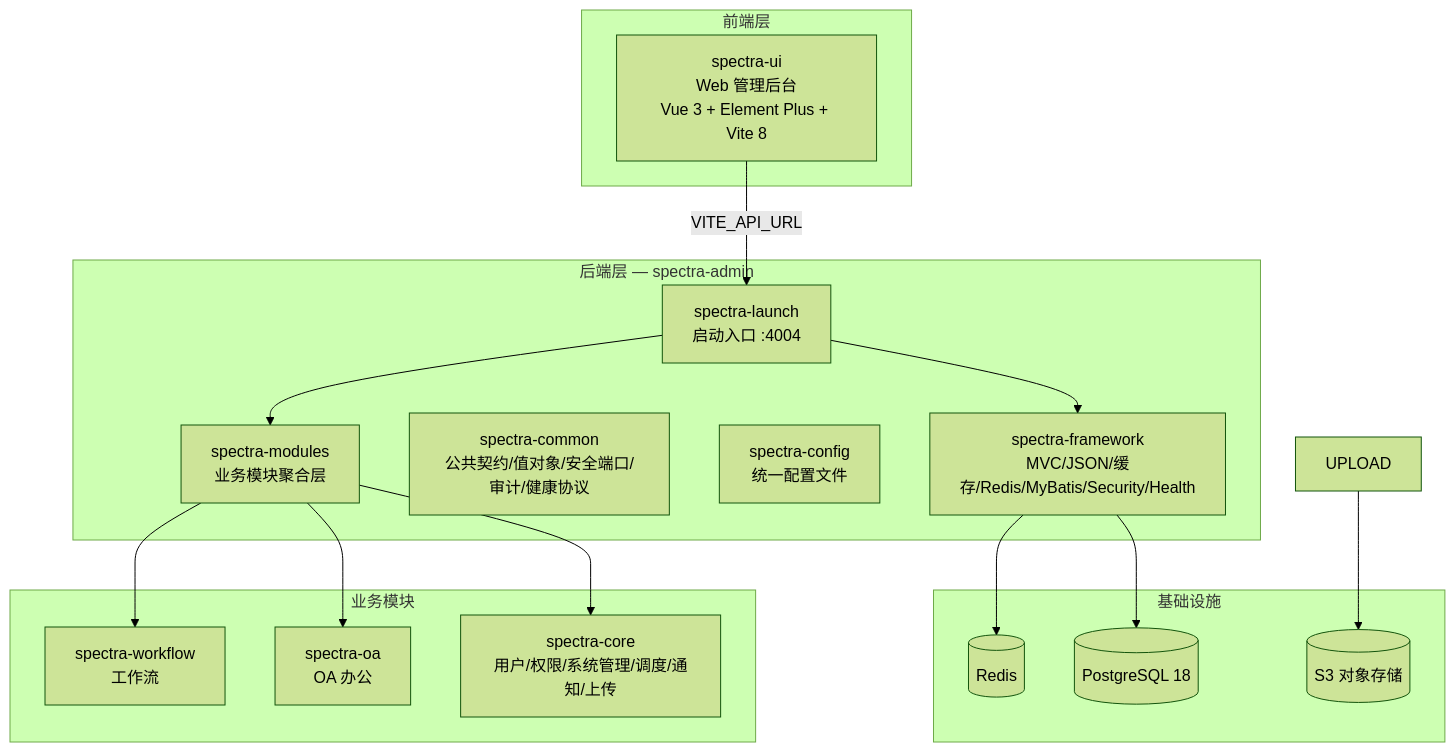
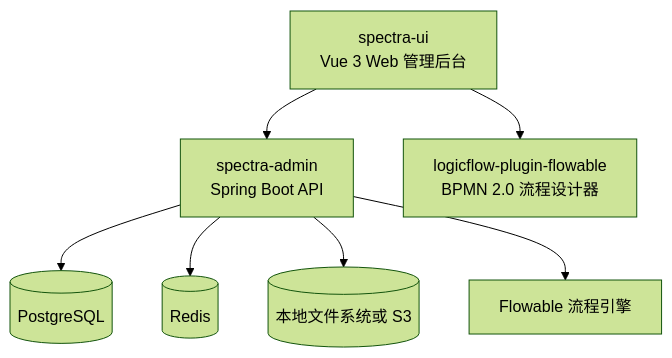
The diagram in docs/00-项目总览.md (yangxj96/spectra-docs), drawn with Mermaid (forest theme) before and after one commit. The commit also changed other lines of this file and 30 other files, not shown here.

````diff
--- a/docs/00-项目总览.md
+++ b/docs/00-项目总览.md
@@ -26,36 +21,9 @@
 ```mermaid
-graph TB
-    subgraph "前端层"
-        UI["spectra-ui<br/>Web 管理后台<br/>Vue 3 + Element Plus + Vite 8"]
-    end
-
-    subgraph "后端层 — spectra-admin"
-        LAUNCH["spectra-launch<br/>启动入口 :4004"]
-        FW["spectra-framework<br/>MVC/JSON/缓存/Redis/MyBatis/Security/Health"]
-        COMMON["spectra-common<br/>公共契约/值对象/安全端口/审计/健康协议"]
-        CONFIG["spectra-config<br/>统一配置文件"]
-        MODULES["spectra-modules<br/>业务模块聚合层"]
-    end
-
-    subgraph "业务模块"
-        CORE["spectra-core<br/>用户/权限/系统管理/调度/通知/上传"]
-        OA["spectra-oa<br/>OA 办公"]
-        WF["spectra-workflow<br/>工作流"]
-    end
-
-    subgraph "基础设施"
-        PG[("PostgreSQL 18")]
-        REDIS[("Redis")]
-        S3[("S3 对象存储")]
-    end
-
-UI -->|"VITE_API_URL"| LAUNCH
-    LAUNCH --> FW
-    LAUNCH --> MODULES
-    MODULES --> CORE
-    MODULES --> OA
-    MODULES --> WF
-    FW --> PG
-    FW --> REDIS
-UPLOAD --> S3
+flowchart TB
+    UI["spectra-ui<br/>Vue 3 Web 管理后台"] --> API["spectra-admin<br/>Spring Boot API"]
+    UI --> PLUGIN["logicflow-plugin-flowable<br/>BPMN 2.0 流程设计器"]
+    API --> PG[(PostgreSQL)]
+    API --> REDIS[(Redis)]
+    API --> STORAGE[(本地文件系统或 S3)]
+    API --> FLOW["Flowable 流程引擎"]
 ```
````
